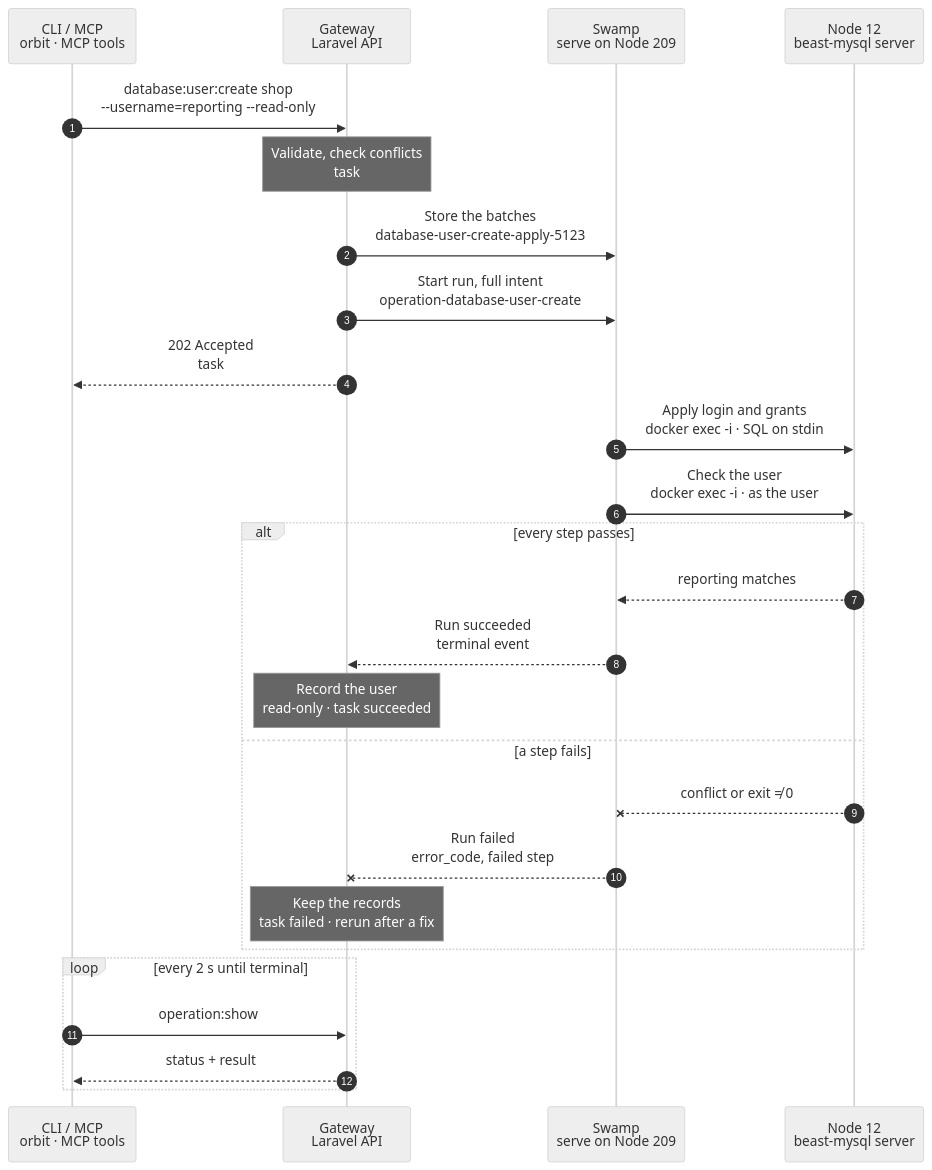
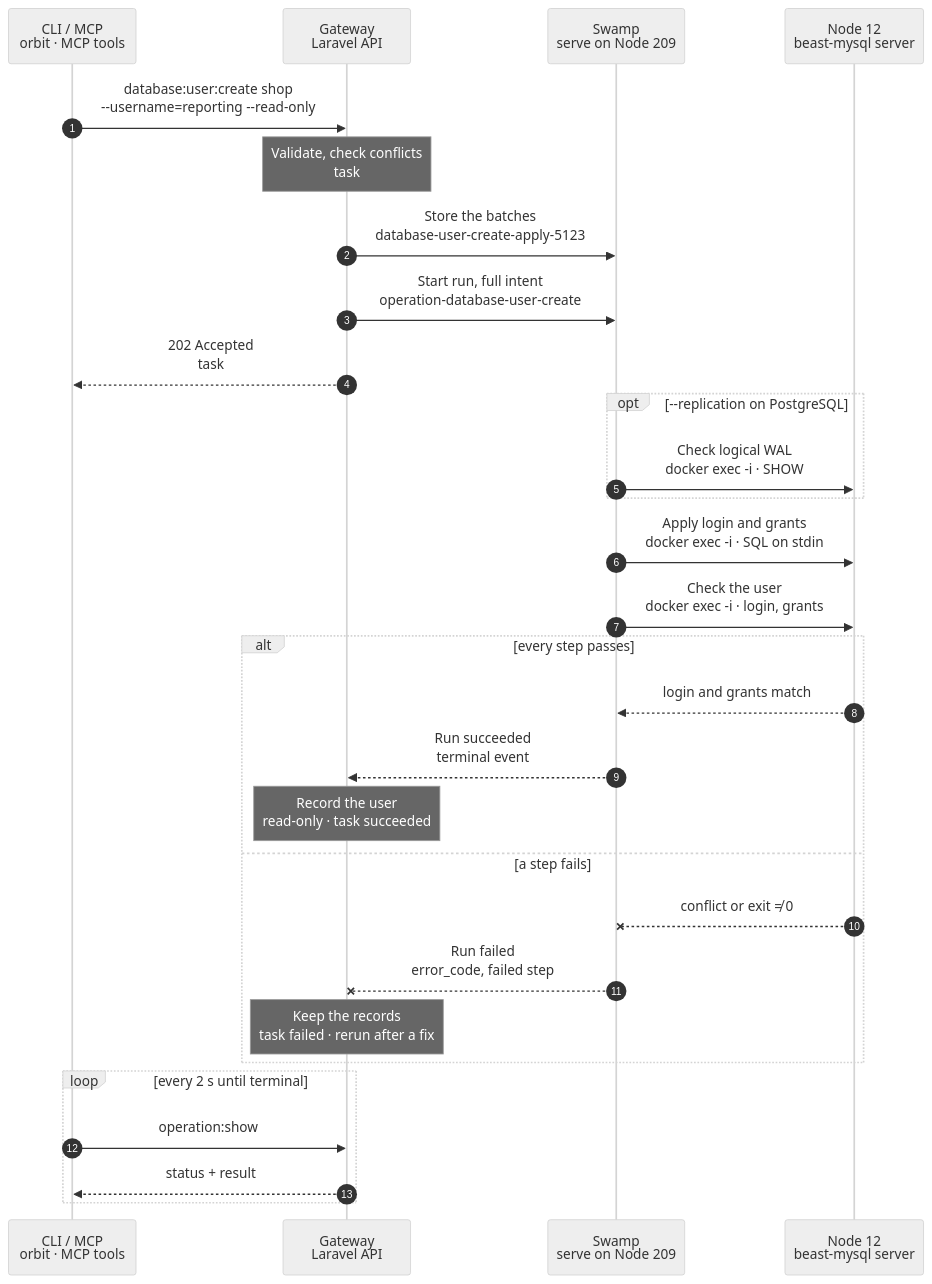
One commit to hardimpactdev/orbit changed the diagram in docs/cli/database/user-create.mmd. Above: the diagram before and after it, drawn with Mermaid (neutral theme). The commit also changed 12 other files, not shown here.

First line of the commit message:
feat(database): database_user.create follows its tightened chart

```diff
--- a/docs/cli/database/user-create.mmd
+++ b/docs/cli/database/user-create.mmd
@@ -1,111 +1,125 @@
 sequenceDiagram
   %% Target design: ADR 0244 task, DECISIONS R1-R4, 5 (swamp role SSH identity), round 2 bugs (server admin password by its own vault key, cleanup on pass or fail). docs/reference/database-servers.md#add-a-user.
-  %% Tightened: flow-tighten 2026-11-02, rules 6, 22 (login and grants in one SQL batch on stdin; no copied scripts or cleanup).
+  %% Tightened: flow-tighten 2026-11-02, rules 6, 22 (WAL read before any change; login and grants in one SQL batch on stdin; the user reads back its grants; no copied scripts or cleanup).
   %% status: draft
   %% command: database:user:create
   %% kind: database_user.create
   autonumber
   %% lane CLI icon=terminal pill=caller tone=gray
   %% lane GW icon=gateway pill=intent tone=blue
   %% lane SW icon=workflow pill=executes tone=green
   %% lane N icon=server pill=target tone=amber
   participant CLI as CLI / MCP<br/>orbit · MCP tools
   participant GW as Gateway<br/>Laravel API
   participant SW as Swamp<br/>serve on Node 209
   participant N as Node 12<br/>beast-mysql server
   CLI->>GW: database:user:create shop<br/>--username=reporting --read-only
   %%> Command:
   %%> - `printf '%s' "$PASSWORD" | orbit database:user:create shop --username=reporting --read-only`
   %%> - syntax: `<slug> --username=USER [--read-only] [--replication] [--idempotency-key=KEY]`
   %%> Input:
   %%> - the connection slug of a database on a MySQL or PostgreSQL server
   %%> - the username: a 1-32 character identifier
   %%> - the password from piped standard input, or a hidden `Password` prompt on a terminal; never an argument
   %%> Grants:
   %%> - `--read-only`: `SELECT` on the database
   %%> - none: all database privileges on MySQL, data-write grants on PostgreSQL
   %%> - `--replication`: PostgreSQL only, `LOGIN REPLICATION` with read-only grants
   Note over GW: Validate, check conflicts<br/>task #5123 · lock beast-mysql
   %%> Requirements:
   %%> - your Node has an access grant to Node 12
   %%> - connection `shop` has a Database server (`database.server_required`)
   %%> - the server is MySQL or PostgreSQL (`database.driver_unsupported`); on Valkey each user is its own connection
   %%> - `reporting` is not the user of a connection on the server (`database.name_conflict`)
   %%> - no database removal runs on `beast-mysql`; the Gateway holds one lock per Database server
   %%> Result:
   %%> - task #5123 recorded with the database, owner, username and grant policy
   %%> - the password stored encrypted; nothing has happened on the Node yet
   GW->>SW: Store the batches<br/>database-user-create-apply-5123
   %%> What it does:
-  %%> - puts two whole values into the Swamp vault on Node 209 (R3)
+  %%> - puts three whole values into the Swamp vault on Node 209 (R3)
+  %%> - `database-user-create-wal-5123`: the admin password line, then `SHOW wal_level`
   %%> - `database-user-create-apply-5123`: the admin password line, then the batch with the user's password (a SCRAM verifier on PostgreSQL)
   %%> - `database-user-create-check-5123`: the user's password line, then the check
   GW->>SW: Start run, full intent<br/>operation-database-user-create
   %%> What it does:
   %%> - starts one Swamp run on serve (Node 209)
   %%> Inputs:
   %%> - the driver, database, owner, username, grant policy and replication flag
   %%> - the vault key names `database-user-create-intent-5123` and `database-server-3-admin`
   %%> - Node 12's address and SSH host keys; the SSH identity comes from the `swamp` role
   GW-->>CLI: 202 Accepted<br/>task #5123
   %%> What you get:
   %%> - the task number, at once
   %%> Next:
   %%> - the CLI follows the task with `operation:show`
+  opt --replication on PostgreSQL
+    SW->>N: Check logical WAL<br/>docker exec -i · SHOW
+    %%> How:
+    %%> - Swamp reaches Node 12 over SSH from 209 with `@swamp/ssh` and the `swamp` role's SSH identity; nothing is copied to the Node
+    %%> - one `docker exec -i … psql`; the first stdin line is the admin password, then `SHOW wal_level`
+    %%> What it does:
+    %%> - reads the live WAL level before any change
+    %%> Refuses:
+    %%> - another level than `logical`: the next steps skip, and the Gateway fails the task with `database.wal_level_not_logical`; nothing changes
+    %%> Not included:
+    %%> - Orbit never changes the server configuration
+  end
   SW->>N: Apply login and grants<br/>docker exec -i · SQL on stdin
   %%> How:
   %%> - Swamp reaches Node 12 over SSH from 209 with `@swamp/ssh` and the `swamp` role's SSH identity; nothing is copied to the Node
   %%> - one `docker exec -i`; inside the container the first stdin line is the admin password, read into the client's password variable, then the batch; never in argv or a file
   %%> What it does:
-  %%> - with `--replication` on PostgreSQL: first checks that the live server has `wal_level=logical`
   %%> - creates the login, or sets the password of a user Orbit recorded before
   %%> - PostgreSQL: adds or removes the replication attribute
   %%> - replaces the user's privileges with exactly the requested ones, in the same batch
   %%> Refuses:
-  %%> - another WAL level (`database.wal_level_not_logical`) or an existing PostgreSQL role outside this connection (`database.name_conflict`); the batch stops before any change and prints the code for the Gateway
+  %%> - an existing PostgreSQL role outside this connection (`database.name_conflict`); the batch stops before any change and prints the code for the Gateway
   %%> - MySQL: escapes underscores, so the grant covers only `shop`
   %%> - PostgreSQL replication: also owner defaults for future public tables
   %%> Not included:
   %%> - Orbit never changes the server configuration or creates publications
-  SW->>N: Check the user<br/>docker exec -i · as the user
+  SW->>N: Check the user<br/>docker exec -i · login, grants
   %%> What it does:
-  %%> - the user logs in over TCP with its own password, from the first stdin line, and reads its own name
+  %%> - the user logs in over TCP with its own password, from the first stdin line, and reads back its name, attributes and grants
+  %%> - MySQL: `SHOW GRANTS` lists exactly the requested grant on its database
+  %%> - PostgreSQL: the replication attribute, connect and schema use, and the owner's default table privileges for the user
   %%> Why:
-  %%> - the user only counts as created when it can log in; the Gateway reads the answer in the native result
+  %%> - the user only counts as created when the server shows it; the Gateway compares the answer in the native result
   alt every step passes
-    N-->>SW: reporting matches
+    N-->>SW: login and grants match
     %%> Returns:
     %%> - the check passed
     SW-->>GW: Run succeeded<br/>terminal event
     %%> How the Gateway learns it:
     %%> - its shared run reader sees the terminal event; Swamp never calls the Gateway
     Note over GW: Record the user<br/>read-only · task succeeded
     %%> Result:
     %%> - user `reporting` recorded for `shop`, with its privileges and encrypted password
     %%> - `database:user:list shop` shows it; `vault:sync` can publish its password to Vaultwarden
     %%> - task #5123 succeeds
   else a step fails
     N--xSW: conflict or exit ≠ 0
     %%> When:
-    %%> - a name conflict, the wrong WAL level, failed SQL, or a lost SSH connection
+    %%> - the wrong WAL level, a name conflict, failed SQL, other grants, or a lost SSH connection
     SW--xGW: Run failed<br/>error_code, failed step
     %%> The Gateway reads:
     %%> - which step failed and its error code
     Note over GW: Keep the records<br/>task failed · rerun after a fix
     %%> Result:
     %%> - the user records stay as before; a new user is not recorded
     %%> - task #5123 fails
     %%> On the Node:
     %%> - a login created before the failure stays; there is no rollback
     %%> - that is safe: a rerun sets the password and replaces the grants again
     %%> Retry:
     %%> - run the same command again after fixing the cause; it is a new task
   end
   loop every 2 s until terminal
     CLI->>GW: operation:show #5123
     %%> What it does:
     %%> - asks for the task's status every 2 seconds until it has ended
     GW-->>CLI: status + result
     %%> Returns:
     %%> - the current status, and the result once the task has ended
   end
```
